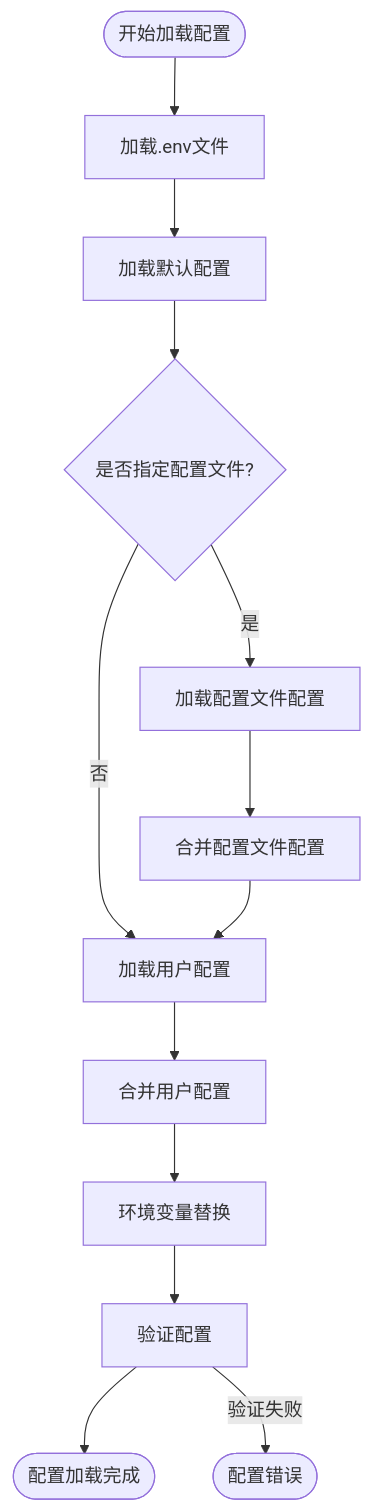
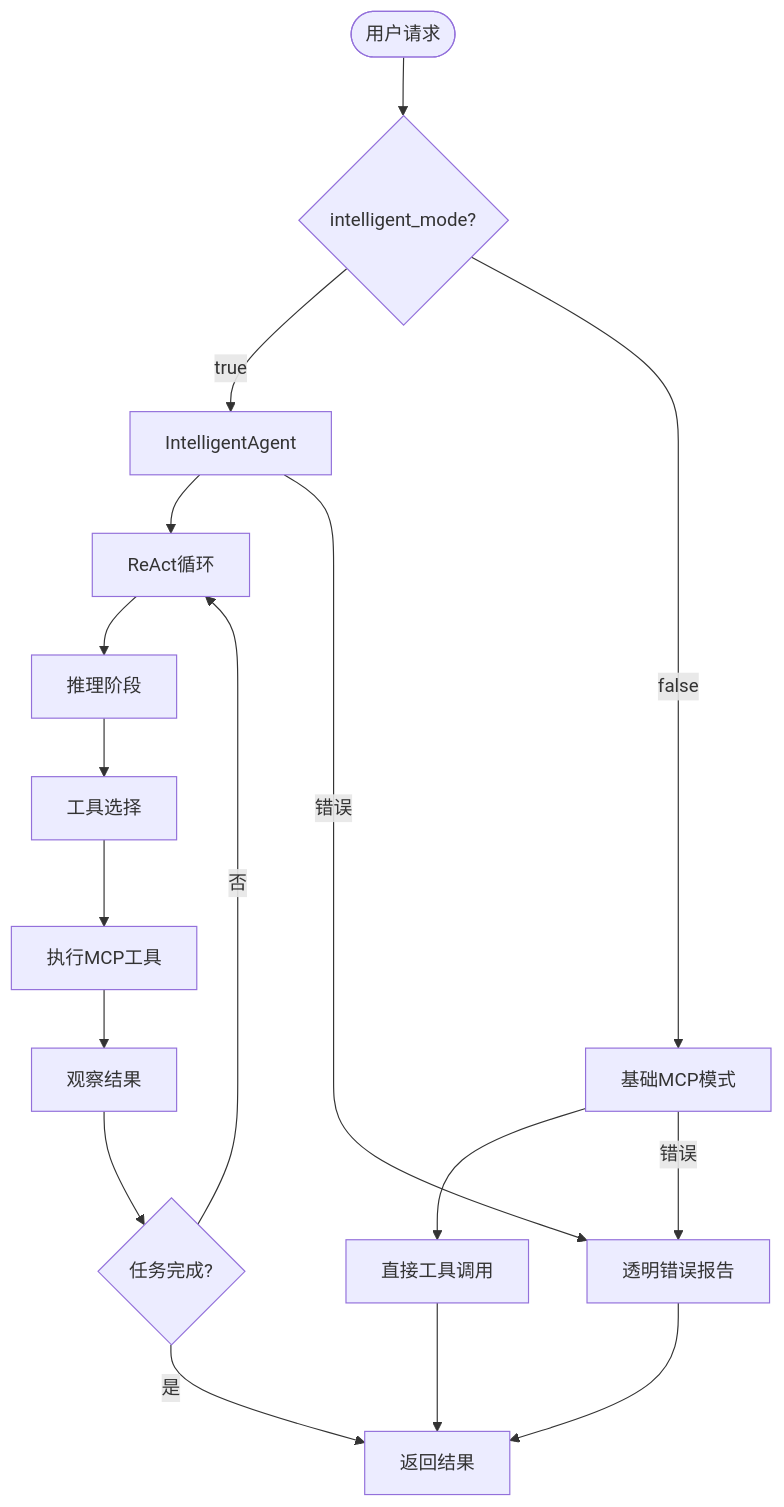
Before and after one commit to flyingcloud-code/TinyAgent: the second of 6 diagrams in docs/tinyagent_design.md, drawn with Mermaid. The commit also changed other lines of this file and 17 other files, not shown here.

````diff
--- a/docs/tinyagent_design.md
+++ b/docs/tinyagent_design.md
@@ -293,18 +105,25 @@
 ```mermaid
-flowchart TD
-    Start([开始加载配置]) --> LoadEnv[加载.env文件]
-    LoadEnv --> LoadDefaults[加载默认配置]
-    LoadDefaults --> CheckProfile{是否指定配置文件?}
+graph TD
+    Start([用户请求]) --> CheckMode{intelligent_mode?}
     
-    CheckProfile -->|是| LoadProfile[加载配置文件配置]
-    CheckProfile -->|否| LoadUser[加载用户配置]
-    LoadProfile --> MergeProfile[合并配置文件配置]
-    MergeProfile --> LoadUser
+    %% 智能模式流程
+    CheckMode -->|true| IntelligentMode[IntelligentAgent]
+    IntelligentMode --> ReAct[ReAct循环]
+    ReAct --> Reasoning[推理阶段]
+    Reasoning --> ToolSelection[工具选择]
+    ToolSelection --> ActionExecution[执行MCP工具]
+    ActionExecution --> Observation[观察结果]
+    Observation --> Complete{任务完成?}
+    Complete -->|否| ReAct
+    Complete -->|是| Return[返回结果]
     
-    LoadUser --> MergeUser[合并用户配置]
-    MergeUser --> SubstituteEnv[环境变量替换]
-    SubstituteEnv --> ValidateConfig[验证配置]
-    ValidateConfig --> Complete([配置加载完成])
+    %% 基础模式流程  
+    CheckMode -->|false| BasicMode[基础MCP模式]
+    BasicMode --> DirectTool[直接工具调用]
+    DirectTool --> Return
     
-    ValidateConfig -->|验证失败| Error([配置错误])
+    %% 错误处理 - 简化
+    IntelligentMode -->|错误| Error[透明错误报告]
+    BasicMode -->|错误| Error
+    Error --> Return
 ```
````
